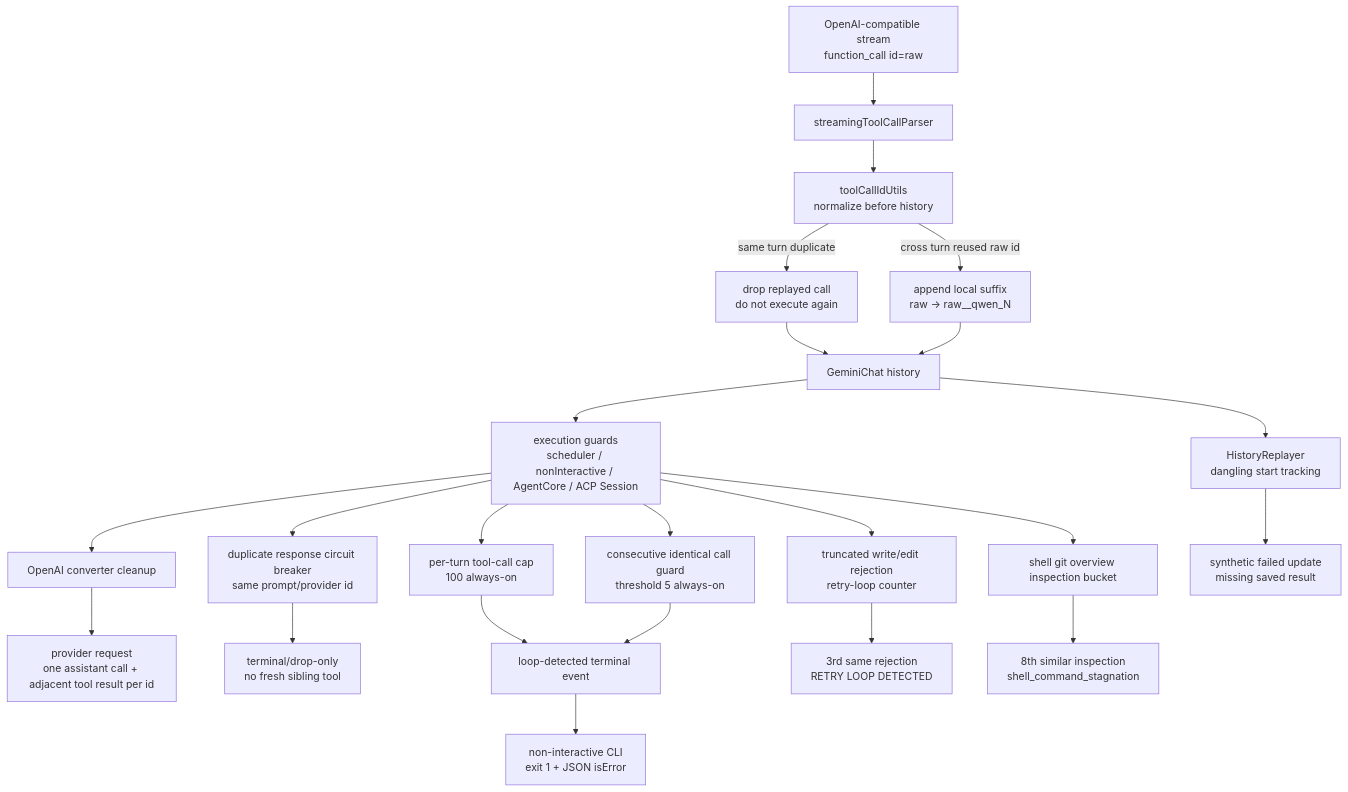
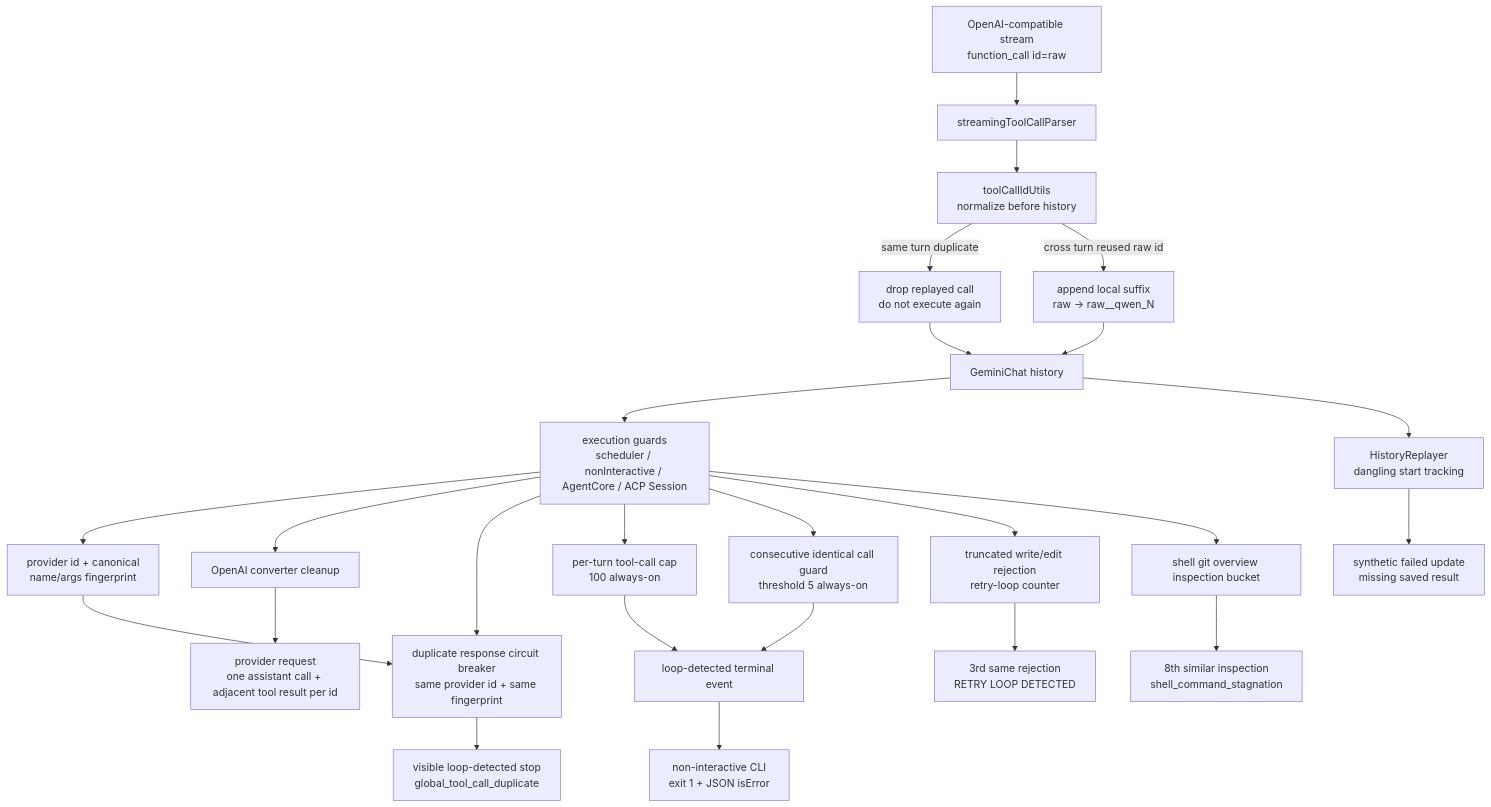
Before and after one commit to doudouOUC/code_agent: the diagram in qwen-code/feature/tool-call-id-integrity.md, drawn with Mermaid. The commit also changed other lines of this file and 47 other files, not shown here.

````diff
--- a/qwen-code/feature/tool-call-id-integrity.md
+++ b/qwen-code/feature/tool-call-id-integrity.md
@@ -23,25 +23,27 @@
 ```mermaid
 flowchart TD
     MODEL["OpenAI-compatible stream<br/>function_call id=raw"] --> PARSER["streamingToolCallParser"]
     PARSER --> NORM["toolCallIdUtils<br/>normalize before history"]
     NORM -->|"same turn duplicate"| DROP["drop replayed call<br/>do not execute again"]
     NORM -->|"cross turn reused raw id"| SUFFIX["append local suffix<br/>raw -> raw__qwen_N"]
     SUFFIX --> HIST["GeminiChat history"]
     DROP --> HIST
     HIST --> GUARD["execution guards<br/>scheduler / nonInteractive / AgentCore / ACP Session"]
+    GUARD --> FPRINT["provider id + canonical<br/>name/args fingerprint"]
     GUARD --> CONV["OpenAI converter cleanup"]
     CONV --> REQ["provider request<br/>one assistant call + adjacent tool result per id"]
     HIST --> REPLAY["HistoryReplayer<br/>dangling start tracking"]
     REPLAY --> FAIL["synthetic failed update<br/>missing saved result"]
-    GUARD --> CB["duplicate response circuit breaker<br/>same prompt/provider id"]
-    CB --> TERM["terminal/drop-only<br/>no fresh sibling tool"]
+    GUARD --> CB["duplicate response circuit breaker<br/>same provider id + same fingerprint"]
+    FPRINT --> CB
+    CB --> TERM["visible loop-detected stop<br/>global_tool_call_duplicate"]
     GUARD --> CAP["per-turn tool-call cap<br/>100 always-on"]
     GUARD --> IDENT["consecutive identical call guard<br/>threshold 5 always-on"]
     CAP --> LOOPSTOP["loop-detected terminal event"]
     IDENT --> LOOPSTOP
     LOOPSTOP --> NIFAIL["non-interactive CLI<br/>exit 1 + JSON isError"]
     GUARD --> TRUNC["truncated write/edit rejection<br/>retry-loop counter"]
     TRUNC --> STOP["3rd same rejection<br/>RETRY LOOP DETECTED"]
     GUARD --> SHELL["shell git overview inspection bucket"]
     SHELL --> SHELLSTOP["8th similar inspection<br/>shell_command_stagnation"]
 ```
````
